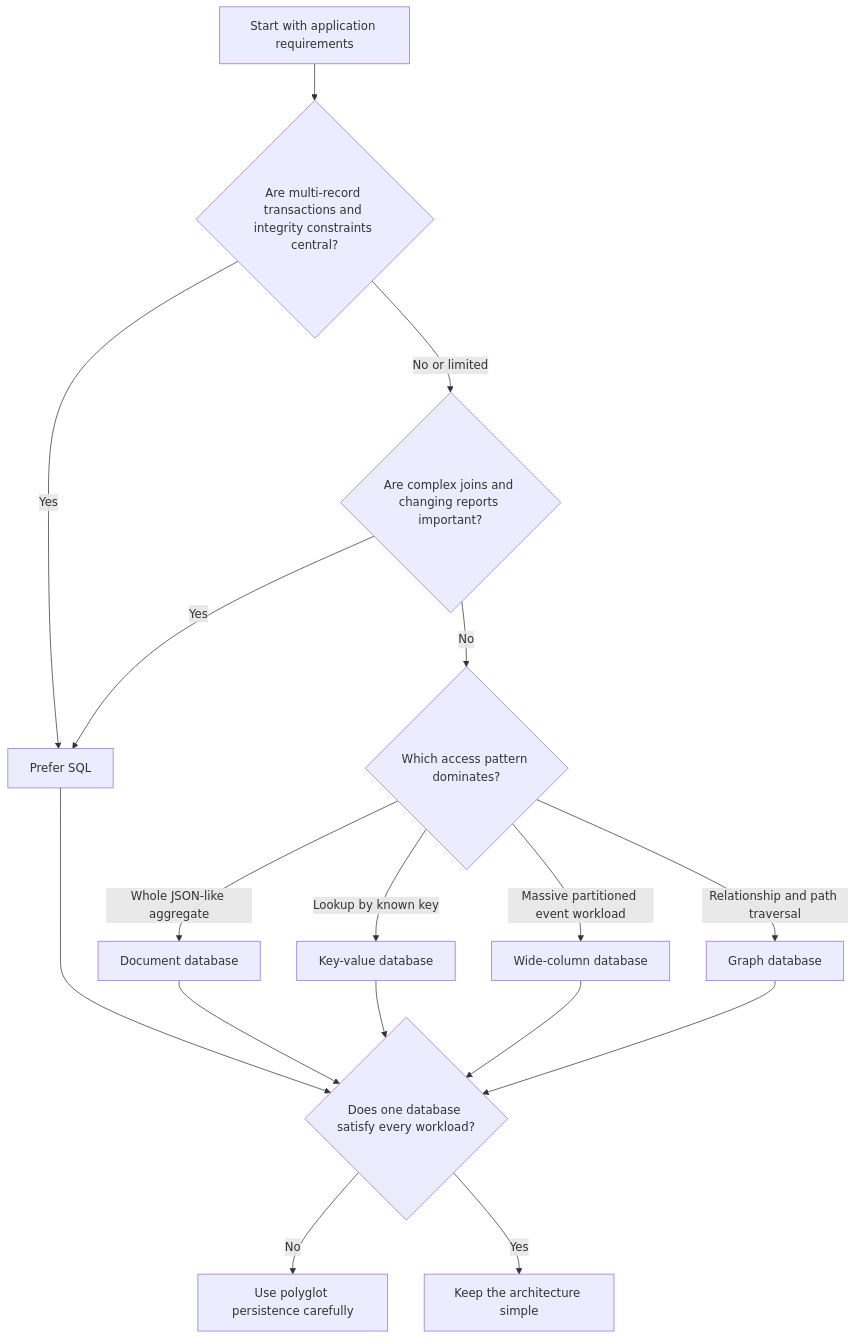
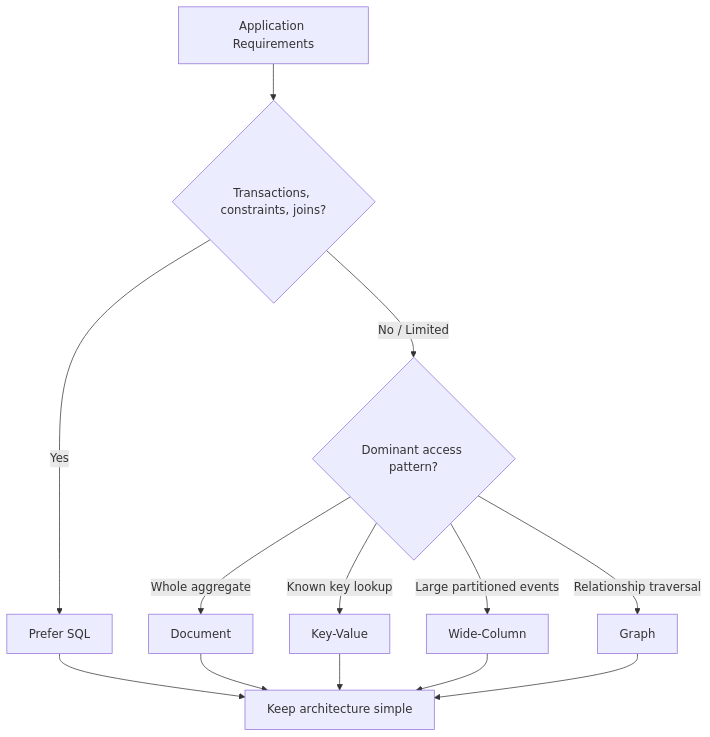
Before and after one commit to AvadhBhalodiya/Interview-Preparation: the first of 3 diagrams in src/content/databases/sql-vs-nosql.md, drawn with Mermaid. The commit also changed other lines of this file and 80 other files, not shown here.

````diff
--- a/src/content/databases/sql-vs-nosql.md
+++ b/src/content/databases/sql-vs-nosql.md
@@ -24,24 +26,17 @@
 ```mermaid
 flowchart TD
-    A[Start with application requirements] --> B{Are multi-record transactions and integrity constraints central?}
+    A[Application Requirements] --> B{Transactions, constraints, joins?}
+    B -->|Yes| SQL[Prefer SQL]
+    B -->|No / Limited| C{Dominant access pattern?}
 
-    B -->|Yes| SQL[Prefer SQL]
-    B -->|No or limited| C{Are complex joins and changing reports important?}
+    C -->|Whole aggregate| DOC[Document]
+    C -->|Known key lookup| KV[Key-Value]
+    C -->|Large partitioned events| WC[Wide-Column]
+    C -->|Relationship traversal| GRAPH[Graph]
 
-    C -->|Yes| SQL
-    C -->|No| D{Which access pattern dominates?}
-
-    D -->|Whole JSON-like aggregate| DOC[Document database]
-    D -->|Lookup by known key| KV[Key-value database]
-    D -->|Massive partitioned event workload| WC[Wide-column database]
-    D -->|Relationship and path traversal| GRAPH[Graph database]
-
-    SQL --> E{Does one database satisfy every workload?}
-    DOC --> E
-    KV --> E
-    WC --> E
-    GRAPH --> E
-
-    E -->|No| HYBRID[Use polyglot persistence carefully]
-    E -->|Yes| ONE[Keep the architecture simple]
+    SQL --> D[Keep architecture simple]
+    DOC --> D
+    KV --> D
+    WC --> D
+    GRAPH --> D
 ```
````
